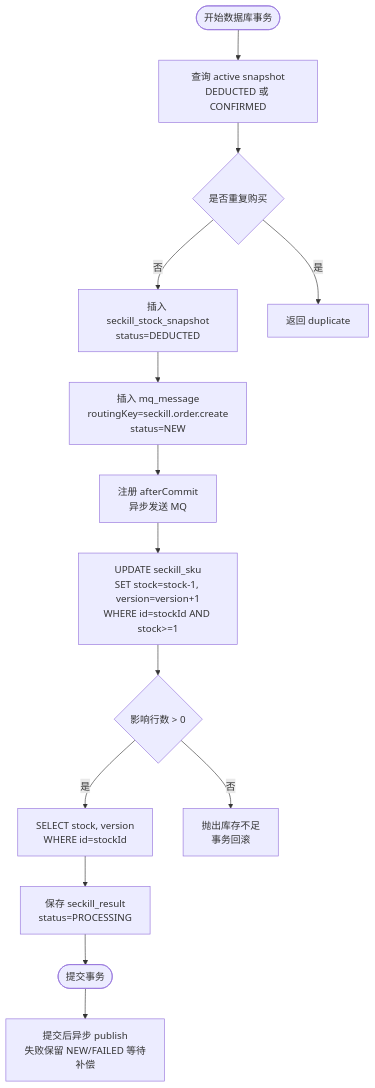
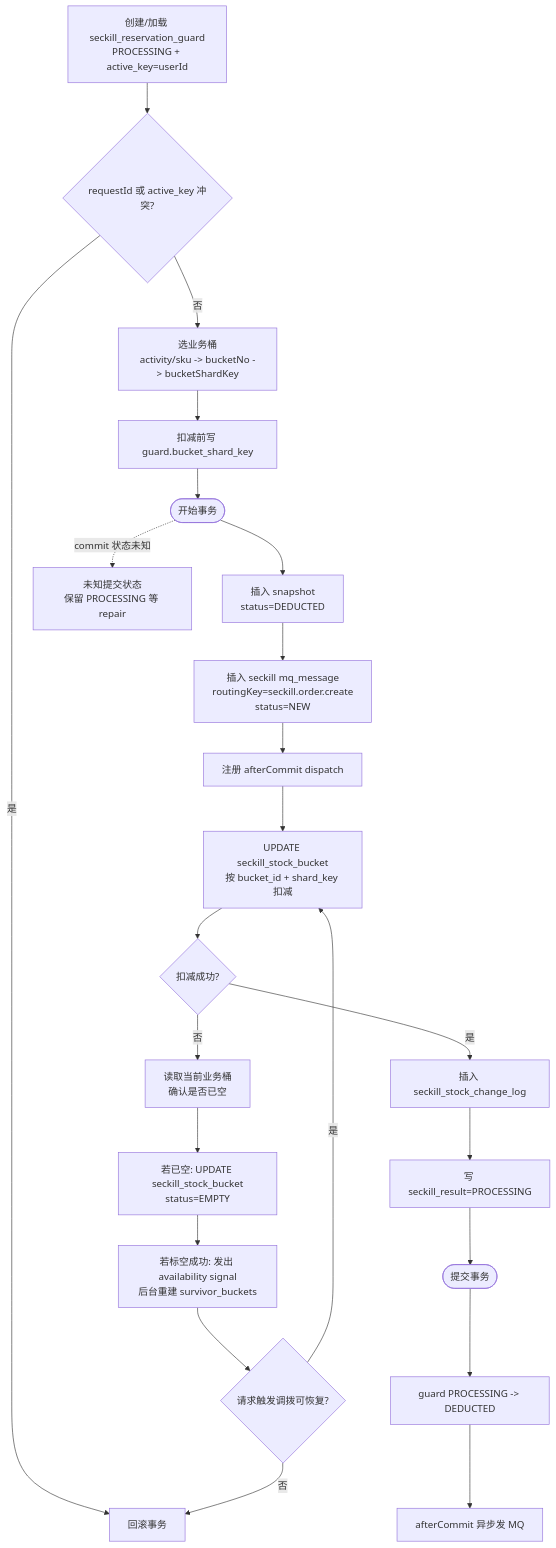
One commit to fenglingyidong/mall changed the third of 4 diagrams in docs/seckill-current-architecture-flow.md. Above: the diagram before and after it, drawn with Mermaid. The commit also changed other lines of this file and 109 other files, not shown here.

````diff
--- a/docs/seckill-current-architecture-flow.md
+++ b/docs/seckill-current-architecture-flow.md
@@ -165,23 +226,33 @@
 ```mermaid
 flowchart TD
-    TxStart([开始数据库事务])
-    Duplicate[查询 active snapshot<br/>DEDUCTED 或 CONFIRMED]
-    IsDuplicate{是否重复购买}
-    InsertSnapshot[插入 seckill_stock_snapshot<br/>status=DEDUCTED]
-    SaveOutbox[插入 mq_message<br/>routingKey=seckill.order.create<br/>status=NEW]
-    RegisterDispatch[注册 afterCommit<br/>异步发送 MQ]
-    UpdateStock[UPDATE seckill_sku<br/>SET stock=stock-1, version=version+1<br/>WHERE id=stockId AND stock>=1]
-    Updated{影响行数 > 0}
-    SelectVersion[SELECT stock, version<br/>WHERE id=stockId]
-    SaveProcessing[保存 seckill_result<br/>status=PROCESSING]
+    TxStart([开始事务])
+    Guard[创建/加载 seckill_reservation_guard<br/>PROCESSING + active_key=userId]
+    GuardDup{requestId 或 active_key 冲突?}
+    SelectBucket[选业务桶<br/>activity/sku -> bucketNo -> bucketShardKey]
+    AttachBucket[扣减前写 guard.bucket_shard_key]
+    SaveSnapshot[插入 snapshot<br/>status=DEDUCTED]
+    SaveOutbox[插入 seckill mq_message<br/>routingKey=seckill.order.create<br/>status=NEW]
+    Register[注册 afterCommit dispatch]
+    DeductBucket[UPDATE seckill_stock_bucket<br/>按 bucket_id + shard_key 扣减]
+    DeductOk{扣减成功?}
+    CheckEmpty[读取当前业务桶<br/>确认是否已空]
+    MarkEmpty[若已空: UPDATE seckill_stock_bucket<br/>status=EMPTY]
+    SignalEmpty[若标空成功: 发出 availability signal<br/>后台重建 survivor_buckets]
+    TryTransfer{请求触发调拨可恢复?}
+    SaveChange[插入 seckill_stock_change_log]
+    SaveProcessing[写 seckill_result=PROCESSING]
     Commit([提交事务])
-    Dispatch[提交后异步 publish<br/>失败保留 NEW/FAILED 等待补偿]
-    DuplicateReturn[返回 duplicate]
-    NotEnough[抛出库存不足<br/>事务回滚]
+    Dispatch[afterCommit 异步发 MQ]
+    MarkDeducted[guard PROCESSING -> DEDUCTED]
+    Rollback[回滚事务]
+    KeepProcessing[未知提交状态<br/>保留 PROCESSING 等 repair]
 
-    TxStart --> Duplicate --> IsDuplicate
-    IsDuplicate -- 是 --> DuplicateReturn
-    IsDuplicate -- 否 --> InsertSnapshot --> SaveOutbox --> RegisterDispatch --> UpdateStock --> Updated
-    Updated -- 否 --> NotEnough
-    Updated -- 是 --> SelectVersion --> SaveProcessing --> Commit --> Dispatch
+    Guard --> GuardDup
+    GuardDup -- 是 --> Rollback
+    GuardDup -- 否 --> SelectBucket --> AttachBucket --> TxStart --> SaveSnapshot --> SaveOutbox --> Register --> DeductBucket --> DeductOk
+    DeductOk -- 否 --> CheckEmpty --> MarkEmpty --> SignalEmpty --> TryTransfer
+    TryTransfer -- 是 --> DeductBucket
+    TryTransfer -- 否 --> Rollback
+    DeductOk -- 是 --> SaveChange --> SaveProcessing --> Commit --> MarkDeducted --> Dispatch
+    TxStart -. commit 状态未知 .-> KeepProcessing
 ```
````
